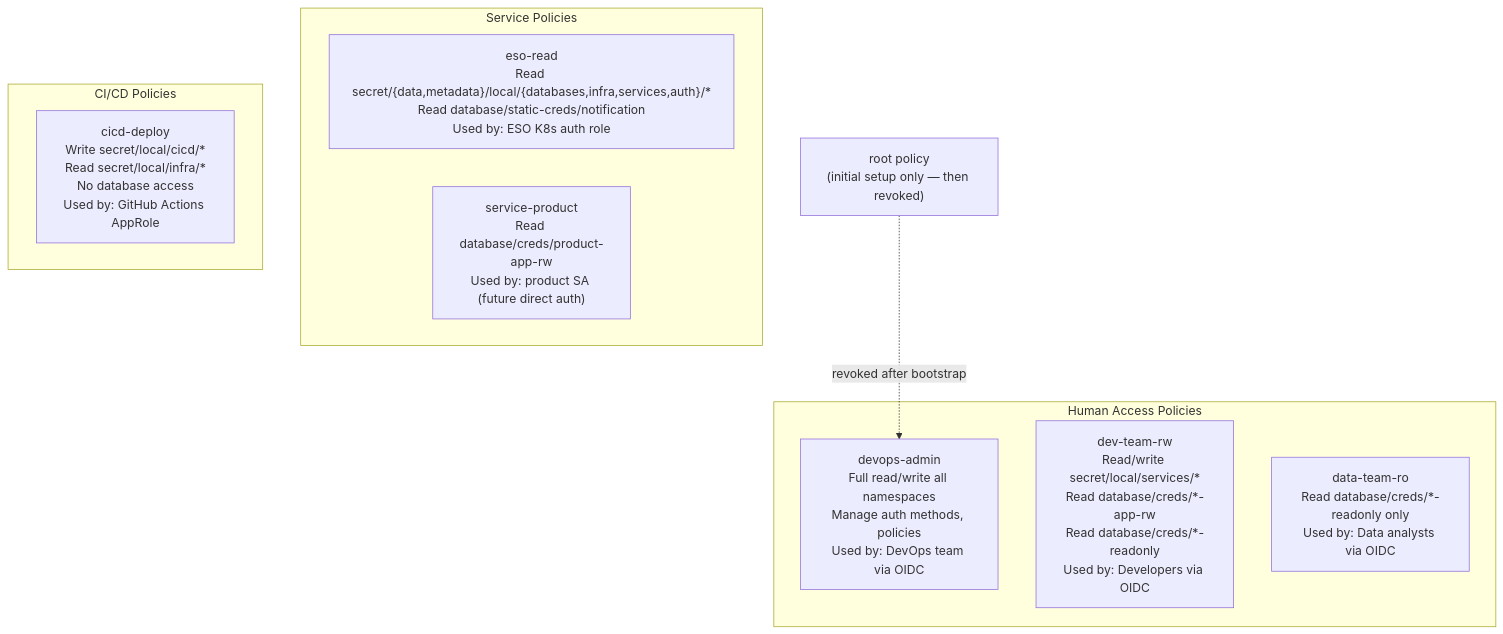
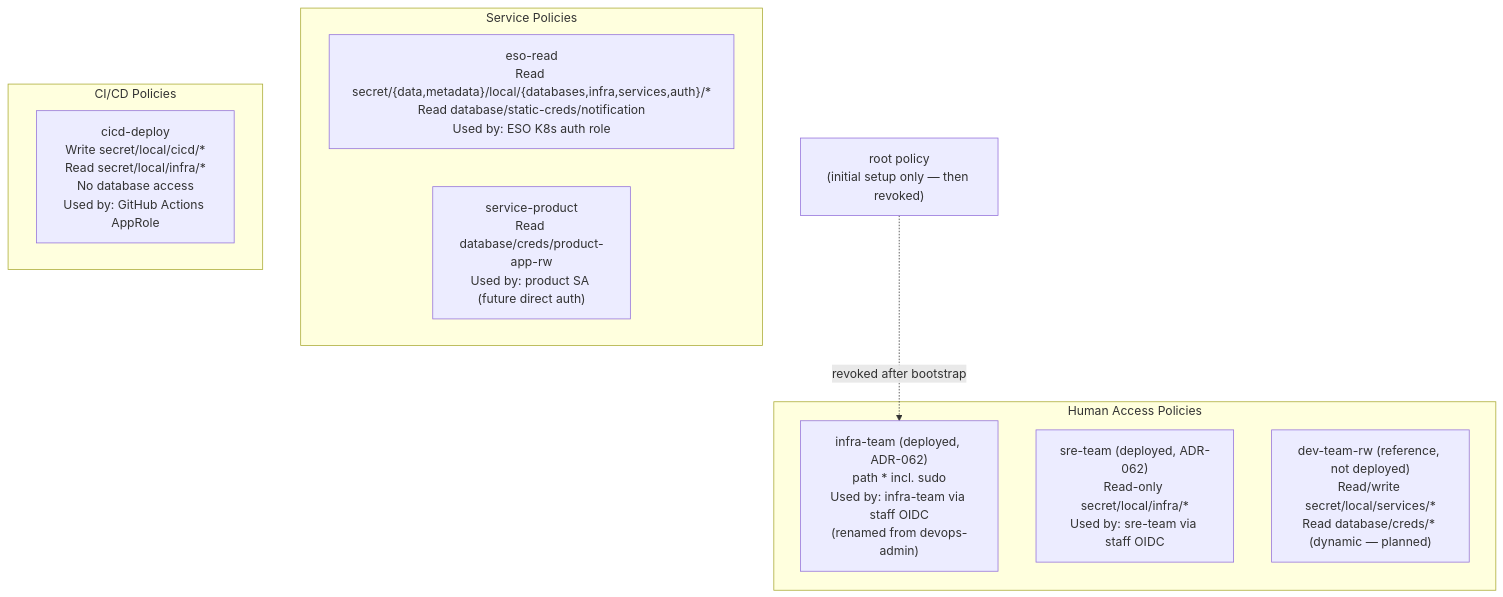
Diagram 16 of 19 in docs/secrets/openbao.md (duynhlab/homelab), drawn with Mermaid before and after one commit. The commit also changed 10 other files, not shown here.

````diff
--- a/docs/secrets/openbao.md
+++ b/docs/secrets/openbao.md
@@ -794,22 +794,22 @@
 ```mermaid
 flowchart TD
     root_policy["root policy\n(initial setup only — then revoked)"]
 
     subgraph human["Human Access Policies"]
-        devops_admin["devops-admin\nFull read/write all namespaces\nManage auth methods, policies\nUsed by: DevOps team via OIDC"]
-        dev_rw["dev-team-rw\nRead/write secret/local/services/*\nRead database/creds/*-app-rw\nRead database/creds/*-readonly\nUsed by: Developers via OIDC"]
-        data_ro["data-team-ro\nRead database/creds/*-readonly only\nUsed by: Data analysts via OIDC"]
+        devops_admin["infra-team (deployed, ADR-062)\npath * incl. sudo\nUsed by: infra-team via staff OIDC\n(renamed from devops-admin)"]
+        sre_ro["sre-team (deployed, ADR-062)\nRead-only secret/local/infra/*\nUsed by: sre-team via staff OIDC"]
+        dev_rw["dev-team-rw (reference, not deployed)\nRead/write secret/local/services/*\nRead database/creds/* (dynamic — planned)"]
     end
 
     subgraph service["Service Policies"]
         eso_read["eso-read\nRead secret/{data,metadata}/local/{databases,infra,services,auth}/*\nRead database/static-creds/notification\nUsed by: ESO K8s auth role"]
         svc_product["service-product\nRead database/creds/product-app-rw\nUsed by: product SA (future direct auth)"]
     end
 
     subgraph cicd["CI/CD Policies"]
         cicd_deploy["cicd-deploy\nWrite secret/local/cicd/*\nRead secret/local/infra/*\nNo database access\nUsed by: GitHub Actions AppRole"]
     end
 
     root_policy -.->|"revoked after bootstrap"| devops_admin
-    devops_admin & dev_rw & data_ro & eso_read & svc_product & cicd_deploy
+    devops_admin & sre_ro & dev_rw & eso_read & svc_product & cicd_deploy
 ```
````
